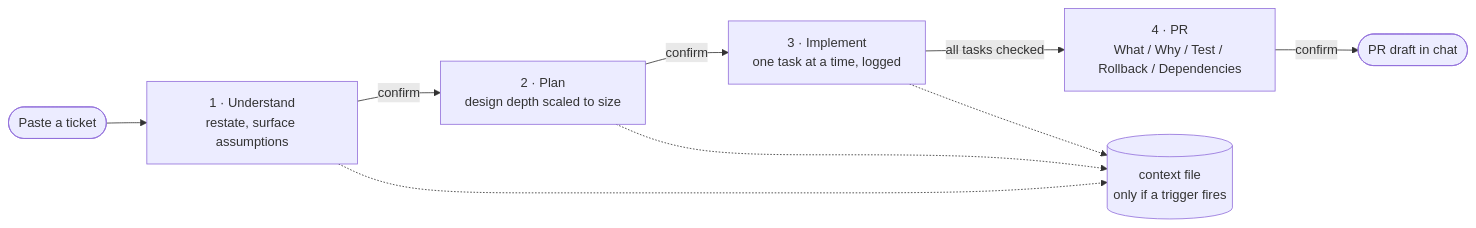
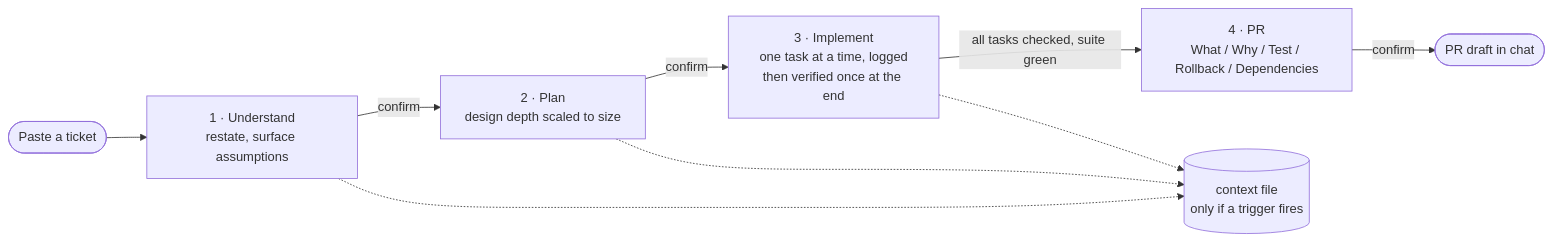
Before and after one commit to alias01/breadcrumbs: the first of 2 diagrams in README.md, drawn with Mermaid. The commit also changed 15 other files, not shown here.

````diff
--- a/README.md
+++ b/README.md
@@ -32,13 +32,13 @@
 ```mermaid
 flowchart LR
     T([Paste a ticket]) --> S1["1 · Understand<br/>restate, surface assumptions"]
     S1 -- confirm --> S2["2 · Plan<br/>design depth scaled to size"]
-    S2 -- confirm --> S3["3 · Implement<br/>one task at a time, logged"]
-    S3 -- all tasks checked --> S4["4 · PR<br/>What / Why / Test / Rollback / Dependencies"]
+    S2 -- confirm --> S3["3 · Implement<br/>one task at a time, logged<br/>then verified once at the end"]
+    S3 -- all tasks checked, suite green --> S4["4 · PR<br/>What / Why / Test / Rollback / Dependencies"]
     S4 -- confirm --> D([PR draft in chat])
 
     S1 -.-> G
     S2 -.-> G
     S3 -.-> G
     G[(context file<br/>only if a trigger fires)]
 ```
````
